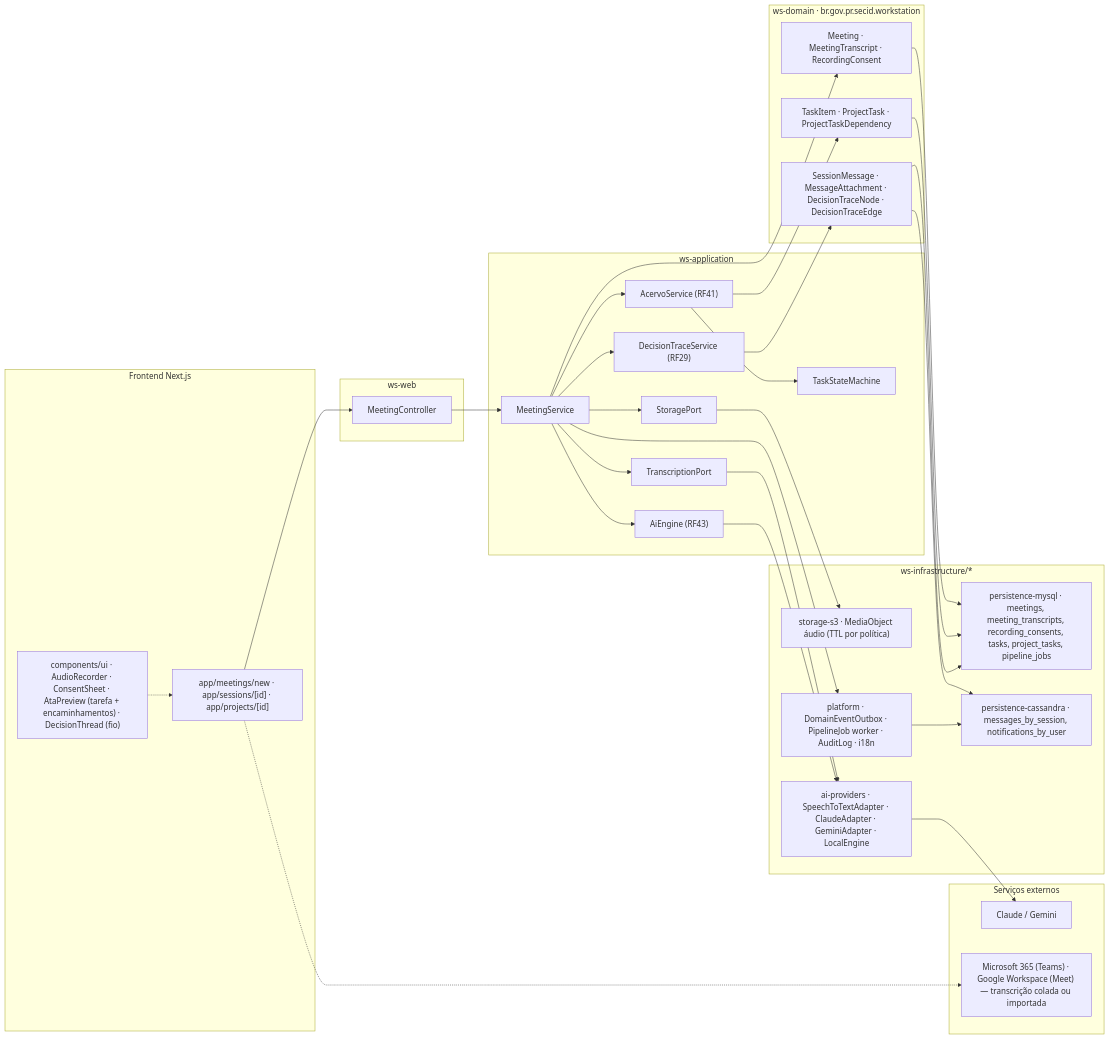
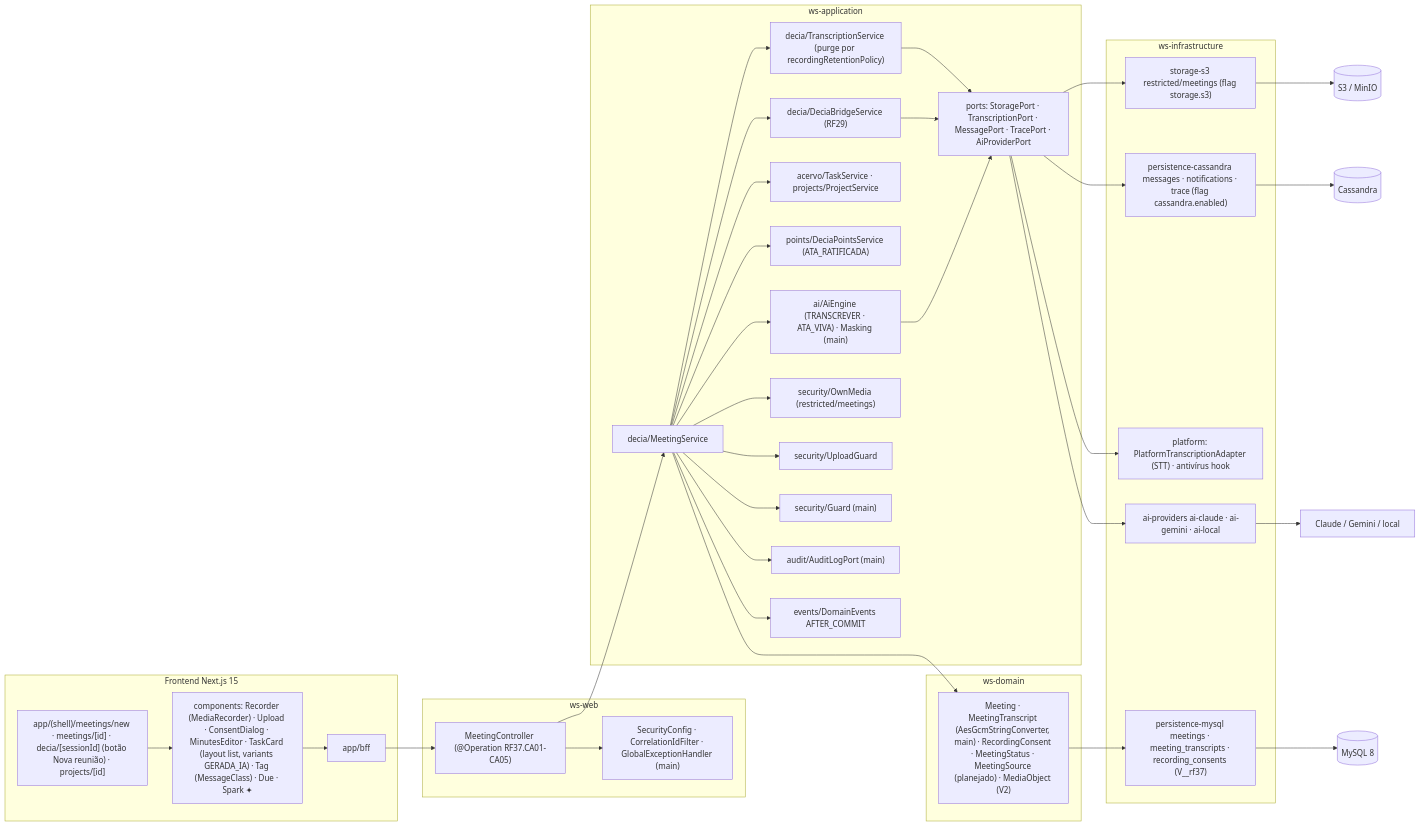
Before and after one commit to MatheusHaliski/Decia-app-2026: the fifth of 5 diagrams in docs/diagramas/RF37/README.md, drawn with Mermaid. The commit also changed other lines of this file and 1 other file, not shown here.

First line of the commit message:
docs(diagramas): reescreve RF37–RF38 (Ata Viva, identidade visual com enums da anatomia v3)

````diff
--- a/docs/diagramas/RF37/README.md
+++ b/docs/diagramas/RF37/README.md
@@ -572,63 +443,57 @@
 ```mermaid
 flowchart LR
-  subgraph FE["Frontend Next.js"]
-    FE1["app/meetings/new · app/sessions/[id] · app/projects/[id]"]
-    FE2["components/ui · AudioRecorder · ConsentSheet · AtaPreview (tarefa + encaminhamentos) · DecisionThread (fio)"]
+  subgraph FRONT["Frontend Next.js 15"]
+    R1["app/(shell)/meetings/new · meetings/[id] · decia/[sessionId] (botão Nova reunião) · projects/[id]"]
+    R2["components: Recorder (MediaRecorder) · Upload · ConsentDialog · MinutesEditor · TaskCard (layout list, variants GERADA_IA) · Tag (MessageClass) · Due · Spark ✦"]
+    BFF["app/bff"]
+    R1 --> R2 --> BFF
   end
-
   subgraph WEB["ws-web"]
-    C1["MeetingController"]
+    MCO["MeetingController (@Operation RF37.CA01-CA05)"]
+    SEC["SecurityConfig · CorrelationIdFilter · GlobalExceptionHandler (main)"]
   end
-
-  subgraph APP["ws-application"]
-    S1["MeetingService"]
-    S2["AcervoService (RF41)"]
-    S3["TaskStateMachine"]
-    S4["DecisionTraceService (RF29)"]
-    S5["AiEngine (RF43)"]
-    P1["TranscriptionPort"]
-    P2["StoragePort"]
+  subgraph APPL["ws-application"]
+    MS["decia/MeetingService"]
+    TRS["decia/TranscriptionService (purge por recordingRetentionPolicy)"]
+    BS["decia/DeciaBridgeService (RF29)"]
+    TS["acervo/TaskService · projects/ProjectService"]
+    DPS["points/DeciaPointsService (ATA_RATIFICADA)"]
+    AIE["ai/AiEngine (TRANSCREVER · ATA_VIVA) · Masking (main)"]
+    OM["security/OwnMedia (restricted/meetings)"]
+    UG["security/UploadGuard"]
+    GD["security/Guard (main)"]
+    AUD["audit/AuditLogPort (main)"]
+    DE["events/DomainEvents AFTER_COMMIT"]
+    PORTS["ports: StoragePort · TranscriptionPort · MessagePort · TracePort · AiProviderPort"]
   end
-
-  subgraph DOM["ws-domain · br.gov.pr.secid.workstation"]
-    D1["Meeting · MeetingTranscript · RecordingConsent"]
-    D2["TaskItem · ProjectTask · ProjectTaskDependency"]
-    D3["SessionMessage · MessageAttachment · DecisionTraceNode · DecisionTraceEdge"]
+  subgraph DOM["ws-domain"]
+    ENT["Meeting · MeetingTranscript (AesGcmStringConverter, main) · RecordingConsent · MeetingStatus · MeetingSource (planejado) · MediaObject (V2)"]
   end
-
-  subgraph INFRA["ws-infrastructure/*"]
-    I1["persistence-mysql · meetings, meeting_transcripts, recording_consents, tasks, project_tasks, pipeline_jobs"]
-    I2["persistence-cassandra · messages_by_session, notifications_by_user"]
-    I3["storage-s3 · MediaObject áudio (TTL por política)"]
-    I4["ai-providers · SpeechToTextAdapter · ClaudeAdapter · GeminiAdapter · LocalEngine"]
-    I5["platform · DomainEventOutbox · PipelineJob worker · AuditLog · i18n"]
+  subgraph INFRA["ws-infrastructure"]
+    MY["persistence-mysql meetings · meeting_transcripts · recording_consents (V__rf37)"]
+    S3A["storage-s3 restricted/meetings (flag storage.s3)"]
+    PLAT["platform: PlatformTranscriptionAdapter (STT) · antivírus hook"]
+    CASA["persistence-cassandra messages · notifications · trace (flag cassandra.enabled)"]
+    AIP["ai-providers ai-claude · ai-gemini · ai-local"]
   end
-
-  subgraph EXT["Serviços externos"]
-    X1["Claude / Gemini"]
-    X2["Microsoft 365 (Teams) · Google Workspace (Meet) — transcrição colada ou importada"]
-  end
-
-  FE1 --> C1
-  FE2 -.-> FE1
-  C1 --> S1
-  S1 --> S2 --> S3
-  S1 --> S4
-  S1 --> S5
-  S1 --> P1
-  S1 --> P2
-  S1 --> D1
-  S2 --> D2
-  S4 --> D3
-  D1 --> I1
-  D2 --> I1
-  D3 --> I2
-  D3 --> I1
-  P2 --> I3
-  P1 --> I4
-  S5 --> I4
-  I4 --> X1
-  I5 --> I2
-  S1 --> I5
-  FE1 -.-> X2
+  BFF --> MCO --> SEC
+  MCO --> MS
+  MS --> TRS
+  MS --> BS
+  MS --> TS
+  MS --> DPS
+  MS --> AIE
+  MS --> OM
+  MS --> UG
+  MS --> GD
+  MS --> AUD
+  MS --> DE
+  TRS --> PORTS
+  BS --> PORTS
+  AIE --> PORTS
+  MS --> ENT --> MY --> MYSQL[("MySQL 8")]
+  PORTS --> S3A --> S3[("S3 / MinIO")]
+  PORTS --> PLAT
+  PORTS --> CASA --> CASS[("Cassandra")]
+  PORTS --> AIP --> AI["Claude / Gemini / local"]
 ```
````
